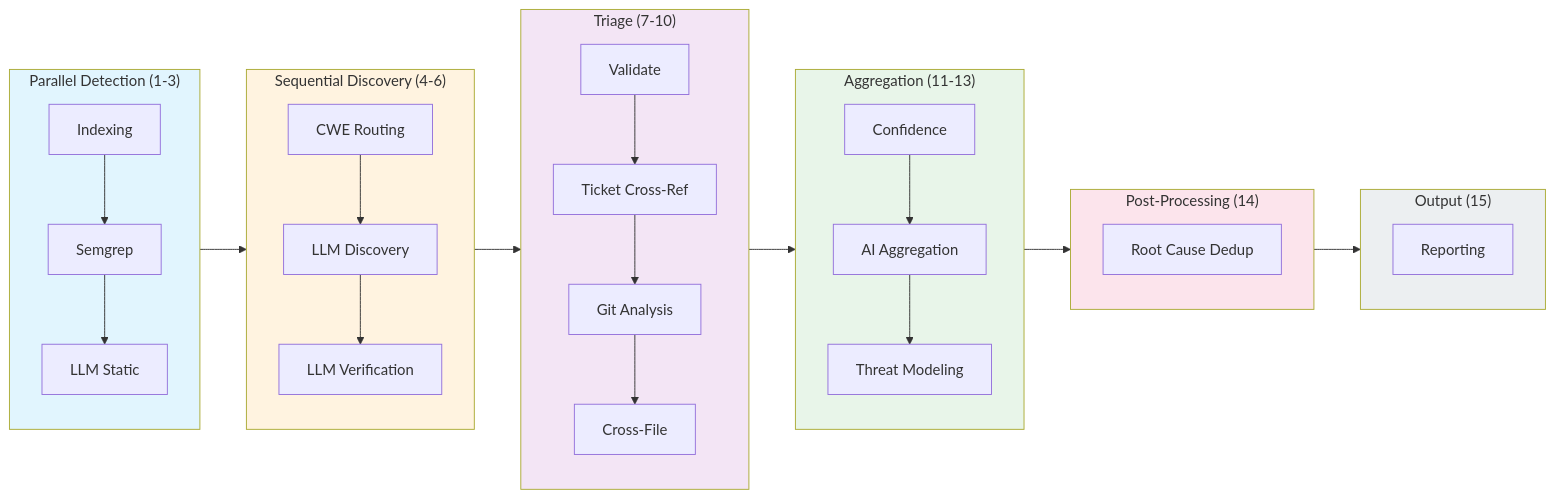
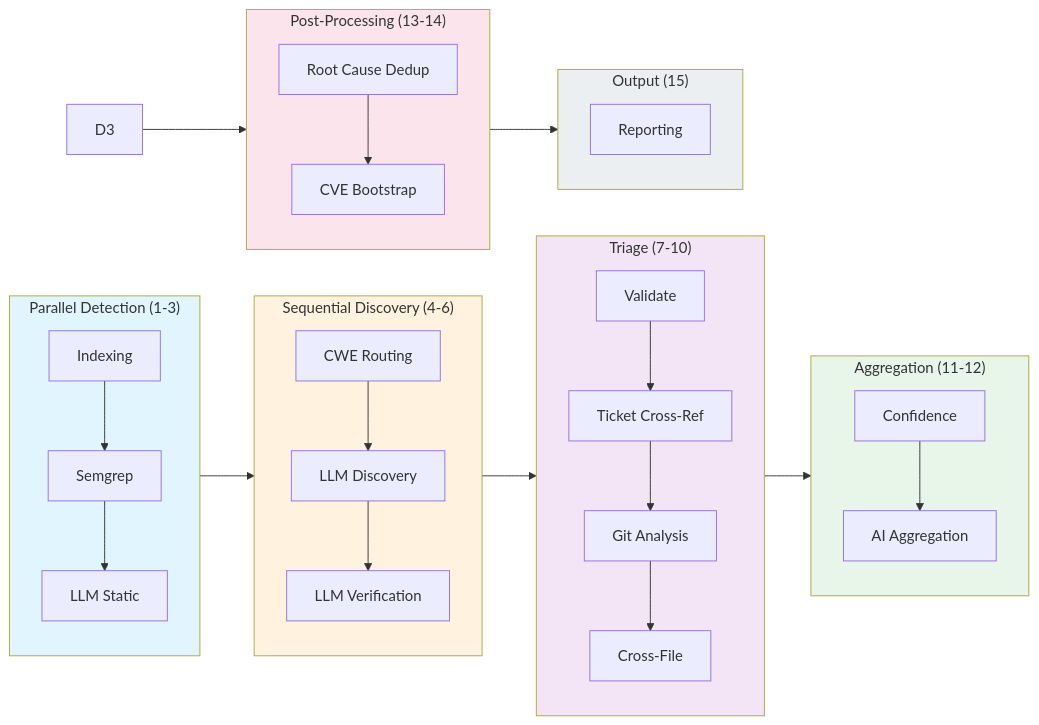
One commit to CodeAtCode/baco-scanner changed the diagram in docs/architecture.md. Above: the diagram before and after it, drawn with Mermaid. The commit also changed other lines of this file and 64 other files, not shown here.

````diff
--- a/docs/architecture.md
+++ b/docs/architecture.md
@@ -38,51 +39,51 @@
 ```mermaid
 flowchart LR
     subgraph Parallel["Parallel Detection (1-3)"]
         direction TB
         A1[Indexing] --> A2[Semgrep] --> A3[LLM Static]
     end
 
     subgraph Discovery["Sequential Discovery (4-6)"]
         direction TB
         B1[CWE Routing] --> B2[LLM Discovery] --> B3[LLM Verification]
     end
 
     subgraph Triage["Triage (7-10)"]
         direction TB
         C1[Validate] --> C2[Ticket Cross-Ref] --> C3[Git Analysis] --> C4[Cross-File]
     end
 
-    subgraph Aggregation["Aggregation (11-13)"]
+    subgraph Aggregation["Aggregation (11-12)"]
         direction TB
-        D1[Confidence] --> D2[AI Aggregation] --> D3[Threat Modeling]
+        D1[Confidence] --> D2[AI Aggregation]
     end
 
-    subgraph PostProcessing["Post-Processing (14)"]
+    subgraph PostProcessing["Post-Processing (13-14)"]
         direction TB
-        E1[Root Cause Dedup]
+        E1[Root Cause Dedup] --> E2[CVE Bootstrap]
     end
 
     subgraph Output["Output (15)"]
         direction TB
         F1[Reporting]
     end
 
     A3 --> B1
     B3 --> C1
     C4 --> D1
     D3 --> E1
     E1 --> F1
 
     classDef parallel fill:#e1f5fe
     classDef discovery fill:#fff3e0
     classDef triage fill:#f3e5f5
     classDef aggregation fill:#e8f5e9
     classDef postproc fill:#fce4ec
     classDef output fill:#eceff1
     class Parallel parallel
     class Discovery discovery
     class Triage triage
     class Aggregation aggregation
     class PostProcessing postproc
     class Output output
 ```
````
